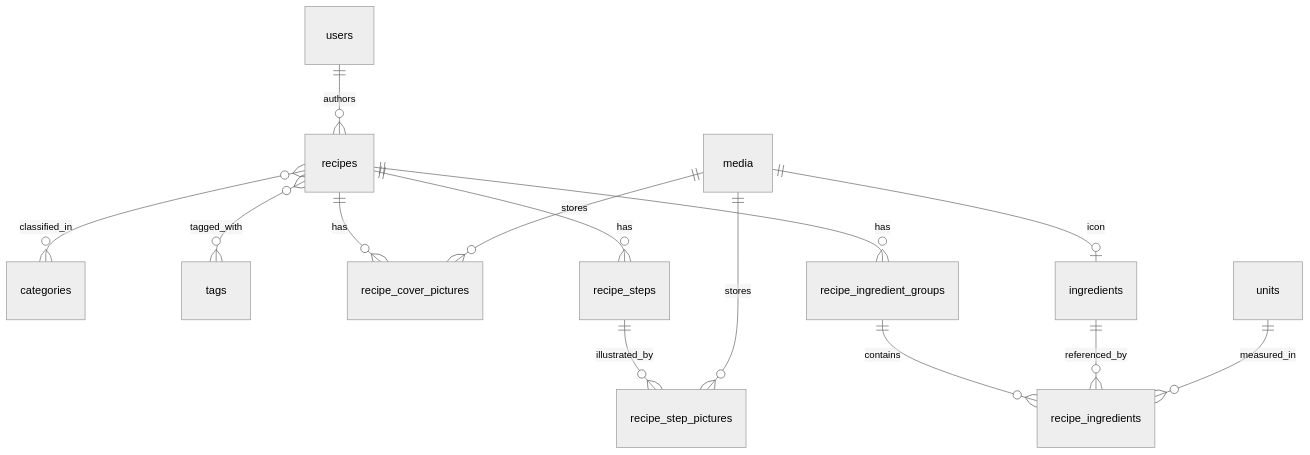
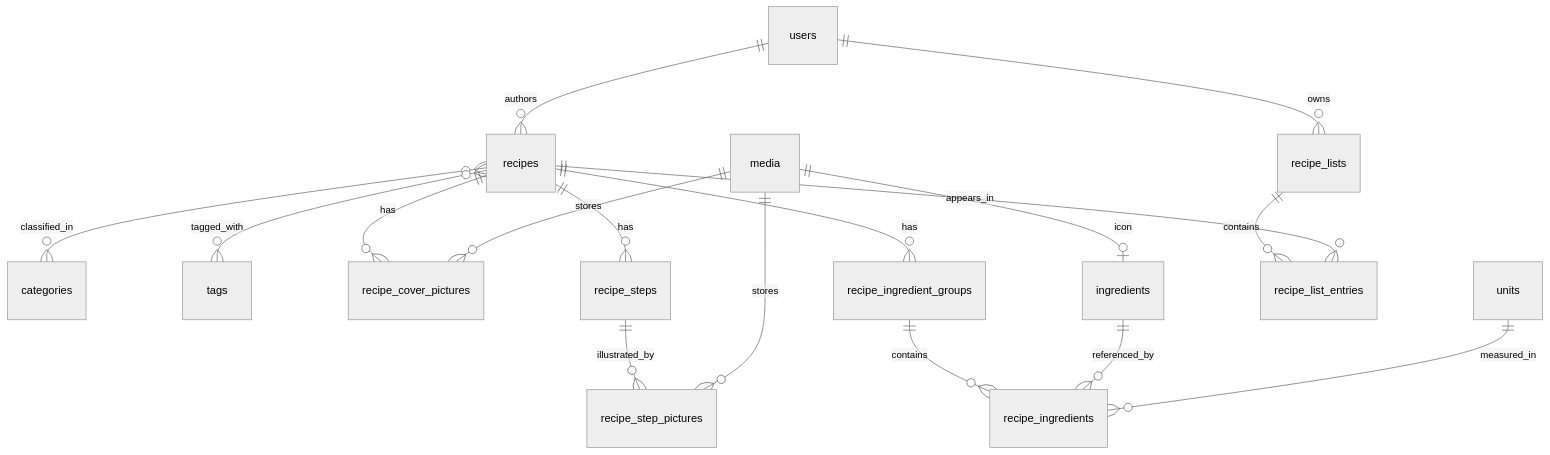
One commit to amaurygrillot/recettes-back changed the diagram in docs/recipes-domain-model.md. Above: the diagram before and after it, drawn with Mermaid (neutral theme). The commit also changed other lines of this file and 3 other files, not shown here.

First line of the commit message:
Design recipe lists: private per-member lists of recipes

````diff
--- a/docs/recipes-domain-model.md
+++ b/docs/recipes-domain-model.md
@@ -21,16 +22,19 @@
 ```mermaid
 erDiagram
     users ||--o{ recipes : authors
   recipes }o--o{ categories: classified_in
   recipes }o--o{ tags: tagged_with
     recipes ||--o{ recipe_cover_pictures : has
     recipes ||--o{ recipe_steps : has
     recipes ||--o{ recipe_ingredient_groups : has
     recipe_steps ||--o{ recipe_step_pictures : illustrated_by
     recipe_ingredient_groups ||--o{ recipe_ingredients : contains
     ingredients ||--o{ recipe_ingredients : referenced_by
     units ||--o{ recipe_ingredients : measured_in
     media ||--o{ recipe_cover_pictures : stores
     media ||--o{ recipe_step_pictures : stores
     media ||--o| ingredients : icon
+    users ||--o{ recipe_lists : owns
+    recipe_lists ||--o{ recipe_list_entries : contains
+    recipes ||--o{ recipe_list_entries : appears_in
 ```
````
